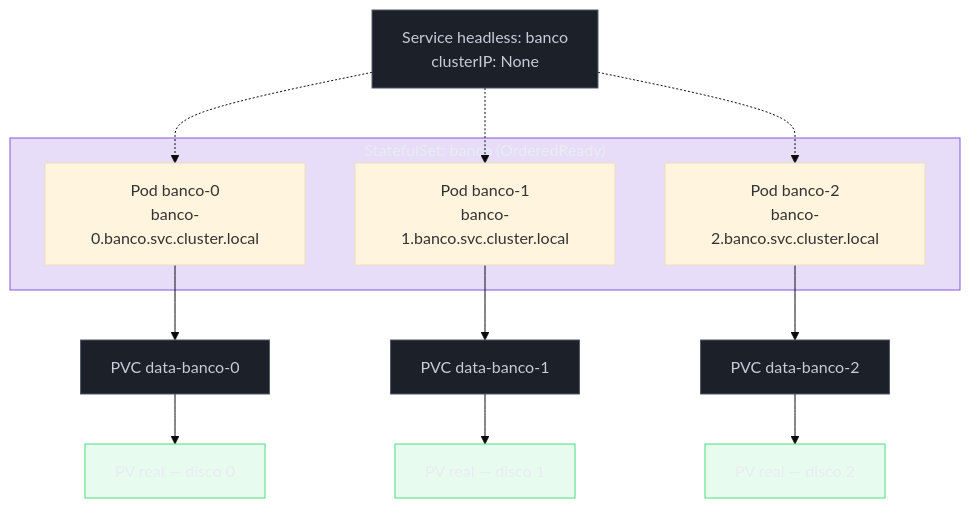
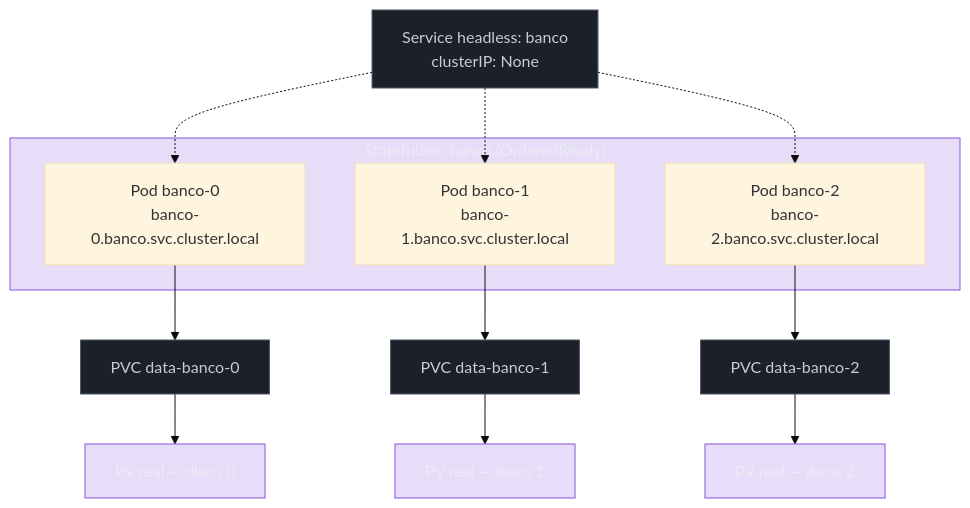
Before and after one commit to josenaldo/codex-technomanticus: the third of 3 diagrams in 03-Dominios/Tecnologia/Infraestrutura/Kubernetes/10 - StatefulSet.md, drawn with Mermaid (base theme). The commit also changed other lines of this file and 601 other files, not shown here.

````diff
--- a/03-Dominios/Tecnologia/Infraestrutura/Kubernetes/10 - StatefulSet.md
+++ b/03-Dominios/Tecnologia/Infraestrutura/Kubernetes/10 - StatefulSet.md
@@ -357,30 +357,29 @@
 ```mermaid
 graph TB
     classDef marca fill:#8855DF33,stroke:#8855DF,color:#E9ECF2
     classDef neutro fill:#1B2029,stroke:#4E5666,color:#C6CCD8
-    classDef ok fill:#4ADE8021,stroke:#4ADE80,color:#E9ECF2
     HS["Service headless: banco<br/>clusterIP: None"]
 
     subgraph SS["StatefulSet: banco (OrderedReady)"]
         P0["Pod banco-0<br/>banco-0.banco.svc.cluster.local"]
         P1["Pod banco-1<br/>banco-1.banco.svc.cluster.local"]
         P2["Pod banco-2<br/>banco-2.banco.svc.cluster.local"]
     end
 
     P0 --> PVC0["PVC data-banco-0"] --> PV0["PV real — disco 0"]
     P1 --> PVC1["PVC data-banco-1"] --> PV1["PV real — disco 1"]
     P2 --> PVC2["PVC data-banco-2"] --> PV2["PV real — disco 2"]
 
     HS -.-> P0
     HS -.-> P1
     HS -.-> P2
 
     class SS marca
     class HS neutro
     class PVC0 neutro
     class PVC1 neutro
     class PVC2 neutro
-    class PV0 ok
-    class PV1 ok
-    class PV2 ok
+    class PV0 marca
+    class PV1 marca
+    class PV2 marca
 ```
````
